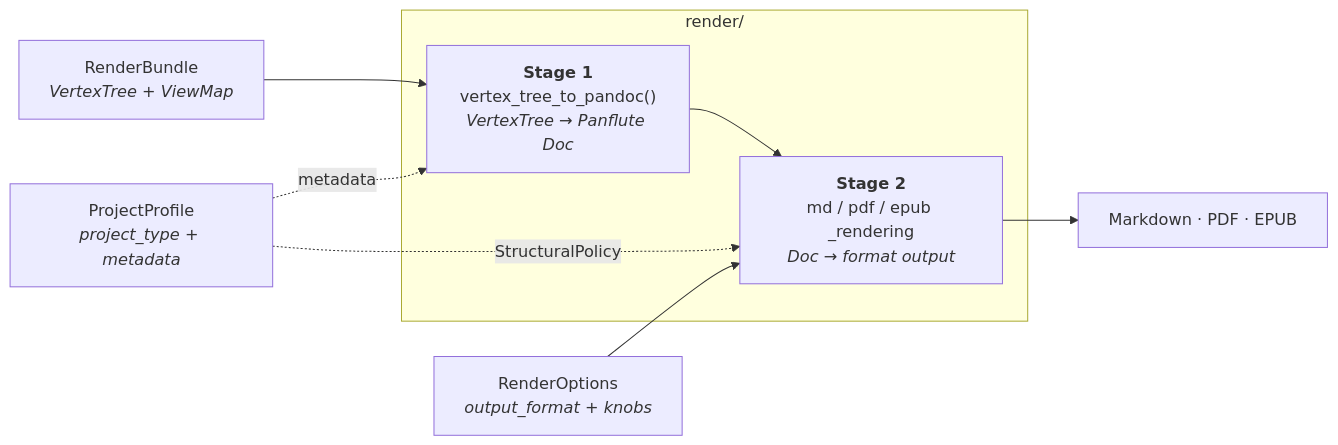
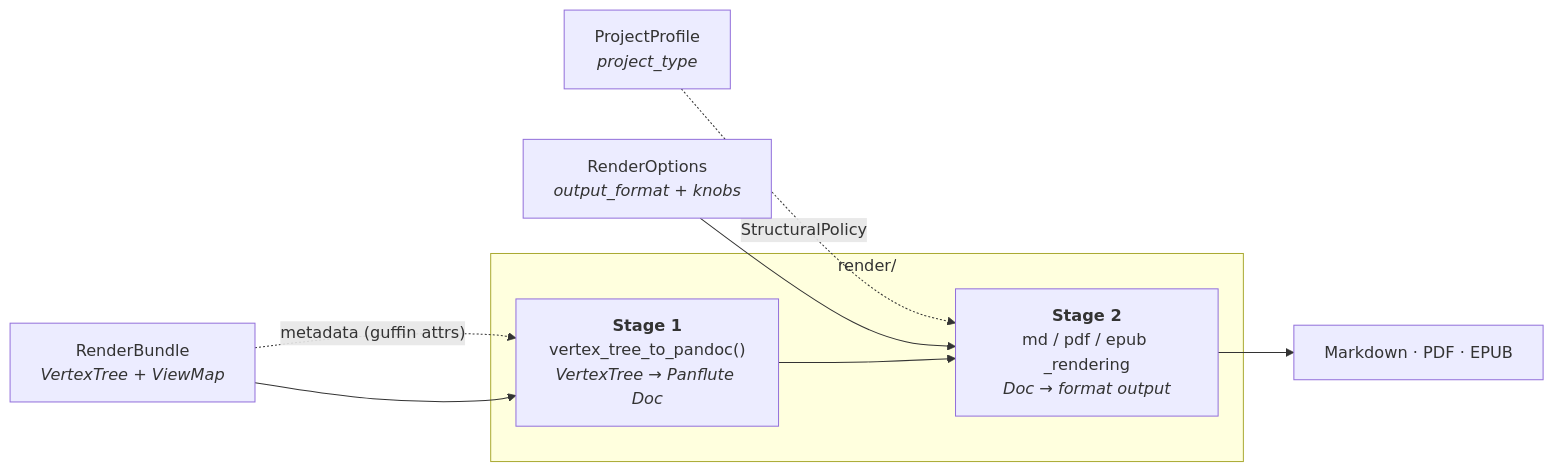
One commit to jpanico/guffin changed the diagram in docs/render-pipeline.md. Above: the diagram before and after it, drawn with Mermaid. The commit also changed other lines of this file and 4 other files, not shown here.

First line of the commit message:
Source document metadata from a page's guffin-domain attributes

````diff
--- a/docs/render-pipeline.md
+++ b/docs/render-pipeline.md
@@ -24,18 +25,18 @@
 ```mermaid
 flowchart LR
     VB["RenderBundle<br/><i>VertexTree + ViewMap</i>"]
-    PP["ProjectProfile<br/><i>project_type + metadata</i>"]
+    PP["ProjectProfile<br/><i>project_type</i>"]
     RO["RenderOptions<br/><i>output_format + knobs</i>"]
 
     subgraph render["render/"]
       S1["<b>Stage 1</b><br/>vertex_tree_to_pandoc()<br/><i>VertexTree → Panflute Doc</i>"]
       S2["<b>Stage 2</b><br/>md / pdf / epub _rendering<br/><i>Doc → format output</i>"]
     end
 
+    VB -. "metadata (guffin attrs)" .-> S1
     VB --> S1
-    PP -. "metadata" .-> S1
     PP -. "StructuralPolicy" .-> S2
     RO --> S2
     S1 --> S2
     S2 --> OUT["Markdown · PDF · EPUB"]
 ```
````
